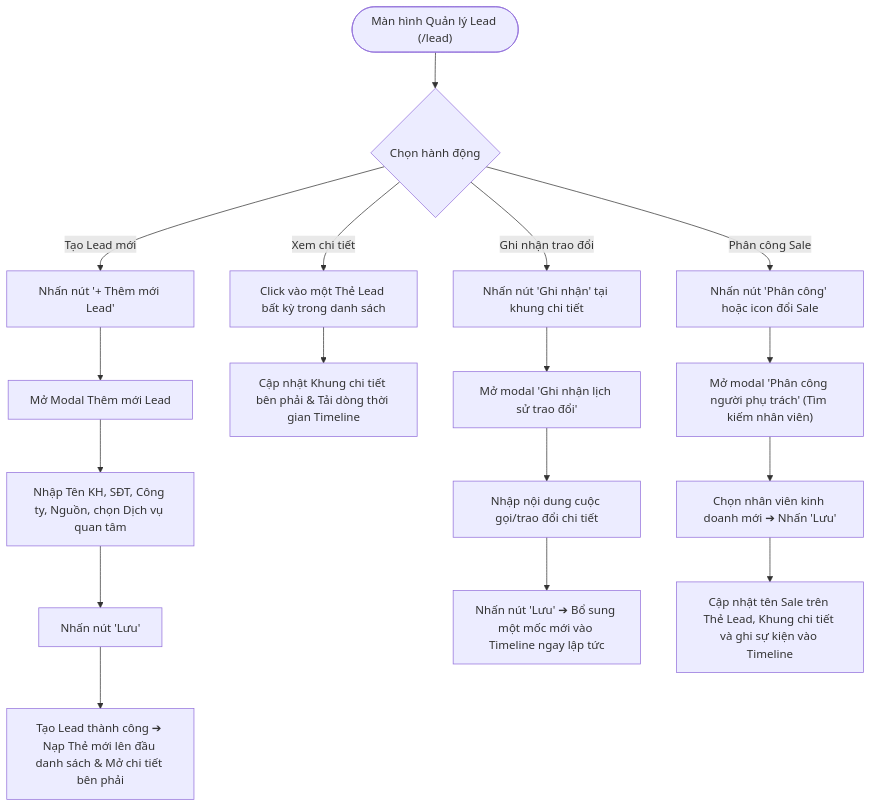
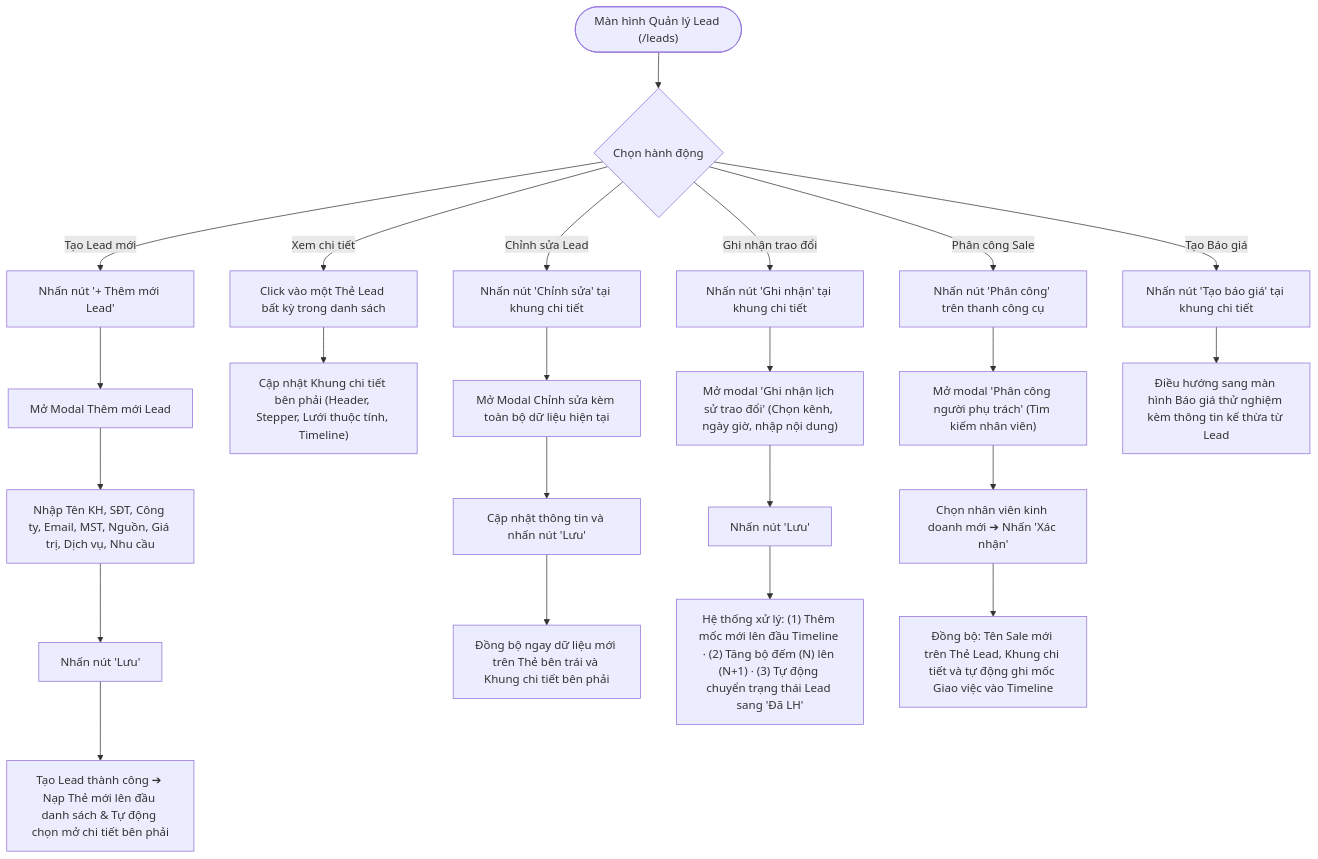
The second of 3 diagrams in docs/12_leads.md (HoangDinhThai/VNTEST_Automation), drawn with Mermaid before and after one commit. The commit also changed other lines of this file, not shown here.

Commit message:
docs(leads): update full requirements specifications, UI matrix, and use cases to match 64 test cases

````diff
--- a/docs/12_leads.md
+++ b/docs/12_leads.md
@@ -76,23 +79,31 @@
 ```mermaid
 flowchart TD
-    Start(["Màn hình Quản lý Lead (/lead)"]) --> ActionSelect{"Chọn hành động"}
+    Start(["Màn hình Quản lý Lead (/leads)"]) --> ActionSelect{"Chọn hành động"}
     
     ActionSelect -- "Tạo Lead mới" --> ClickAdd["Nhấn nút '+ Thêm mới Lead'"]
     ClickAdd --> ModalAdd["Mở Modal Thêm mới Lead"]
-    ModalAdd --> InputLead["Nhập Tên KH, SĐT, Công ty, Nguồn, chọn Dịch vụ quan tâm"]
+    ModalAdd --> InputLead["Nhập Tên KH, SĐT, Công ty, Email, MST, Nguồn, Giá trị, Dịch vụ, Nhu cầu"]
     InputLead --> SubmitLead["Nhấn nút 'Lưu'"]
-    SubmitLead --> SyncNewLead["Tạo Lead thành công ➔ Nạp Thẻ mới lên đầu danh sách & Mở chi tiết bên phải"]
+    SubmitLead --> SyncNewLead["Tạo Lead thành công ➔ Nạp Thẻ mới lên đầu danh sách & Tự động chọn mở chi tiết bên phải"]
     
     ActionSelect -- "Xem chi tiết" --> ClickCard["Click vào một Thẻ Lead bất kỳ trong danh sách"]
-    ClickCard --> ShowDetail["Cập nhật Khung chi tiết bên phải & Tải dòng thời gian Timeline"]
+    ClickCard --> ShowDetail["Cập nhật Khung chi tiết bên phải (Header, Stepper, Lưới thuộc tính, Timeline)"]
+    
+    ActionSelect -- "Chỉnh sửa Lead" --> ClickEdit["Nhấn nút 'Chỉnh sửa' tại khung chi tiết"]
+    ClickEdit --> ModalEdit["Mở Modal Chỉnh sửa kèm toàn bộ dữ liệu hiện tại"]
+    ModalEdit --> UpdateLead["Cập nhật thông tin và nhấn nút 'Lưu'"]
+    UpdateLead --> SyncEdit["Đồng bộ ngay dữ liệu mới trên Thẻ bên trái và Khung chi tiết bên phải"]
     
     ActionSelect -- "Ghi nhận trao đổi" --> ClickRecord["Nhấn nút 'Ghi nhận' tại khung chi tiết"]
-    ClickRecord --> ModalRecord["Mở modal 'Ghi nhận lịch sử trao đổi'"]
-    ModalRecord --> InputContent["Nhập nội dung cuộc gọi/trao đổi chi tiết"]
-    InputContent --> SaveRecord["Nhấn nút 'Lưu' ➔ Bổ sung một mốc mới vào Timeline ngay lập tức"]
+    ClickRecord --> ModalRecord["Mở modal 'Ghi nhận lịch sử trao đổi' (Chọn kênh, ngày giờ, nhập nội dung)"]
+    ModalRecord --> SaveRecord["Nhấn nút 'Lưu'"]
+    SaveRecord --> LogicRecord["Hệ thống xử lý: (1) Thêm mốc mới lên đầu Timeline · (2) Tăng bộ đếm (N) lên (N+1) · (3) Tự động chuyển trạng thái Lead sang 'Đã LH'"]
     
-    ActionSelect -- "Phân công Sale" --> ClickAssign["Nhấn nút 'Phân công' hoặc icon đổi Sale"]
+    ActionSelect -- "Phân công Sale" --> ClickAssign["Nhấn nút 'Phân công' trên thanh công cụ"]
     ClickAssign --> ModalAssign["Mở modal 'Phân công người phụ trách' (Tìm kiếm nhân viên)"]
-    ModalAssign --> SelectSale["Chọn nhân viên kinh doanh mới ➔ Nhấn 'Lưu'"]
-    SelectSale --> SyncAssign["Cập nhật tên Sale trên Thẻ Lead, Khung chi tiết và ghi sự kiện vào Timeline"]
+    ModalAssign --> SelectSale["Chọn nhân viên kinh doanh mới ➔ Nhấn 'Xác nhận'"]
+    SelectSale --> SyncAssign["Đồng bộ: Tên Sale mới trên Thẻ Lead, Khung chi tiết và tự động ghi mốc Giao việc vào Timeline"]
+    
+    ActionSelect -- "Tạo Báo giá" --> ClickQuote["Nhấn nút 'Tạo báo giá' tại khung chi tiết"]
+    ClickQuote --> NavQuote["Điều hướng sang màn hình Báo giá thử nghiệm kèm thông tin kế thừa từ Lead"]
 ```
````
